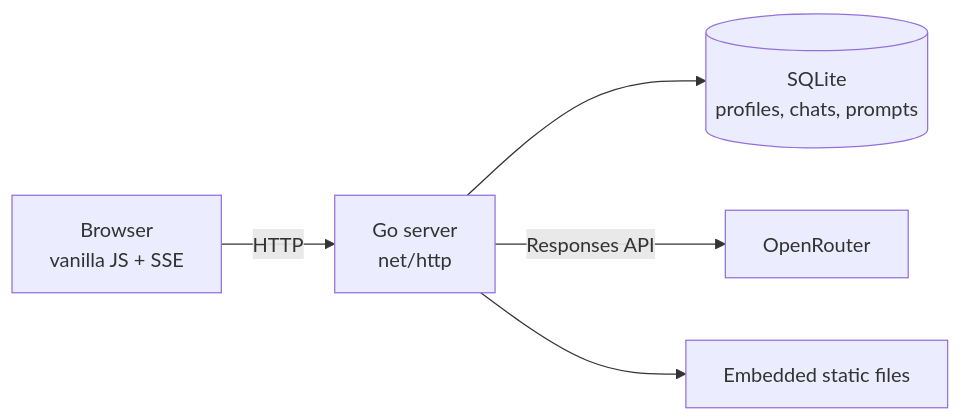
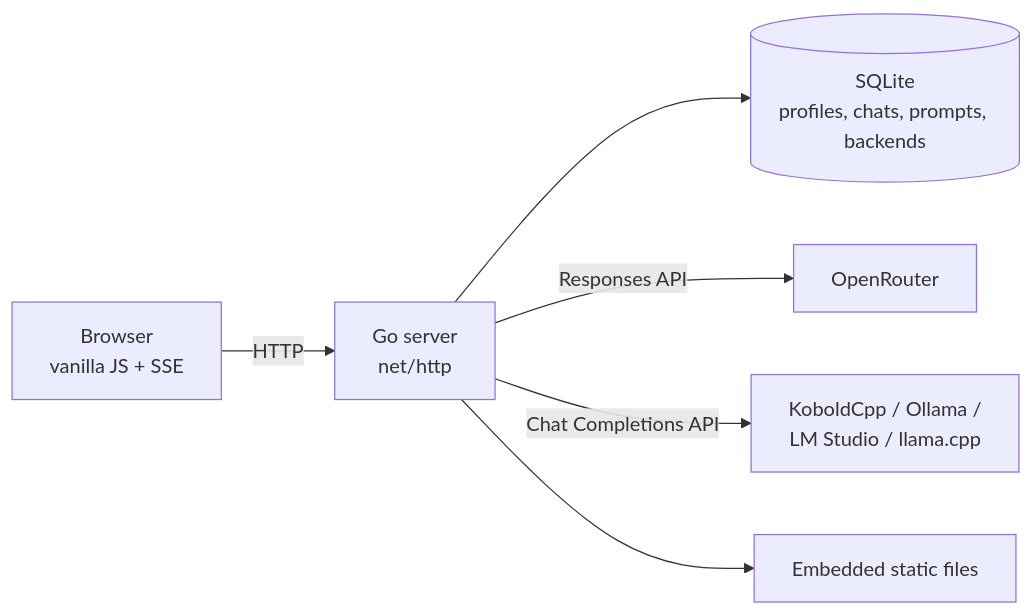
One commit to SHOWTEX/ClaChan changed the diagram in README.md. Above: the diagram before and after it, drawn with Mermaid. The commit also changed other lines of this file and 14 other files, not shown here.

First line of the commit message:
Add per-profile local OpenAI-compatible backends for v1.0.7

````diff
--- a/README.md
+++ b/README.md
@@ -145,7 +150,8 @@
 ```mermaid
 flowchart LR
   browser["Browser\nvanilla JS + SSE"] -->|"HTTP"| server["Go server\nnet/http"]
-  server --> db[("SQLite\nprofiles, chats, prompts")]
+  server --> db[("SQLite\nprofiles, chats, prompts, backends")]
   server -->|"Responses API"| openrouter["OpenRouter"]
+  server -->|"Chat Completions API"| local["KoboldCpp / Ollama /\nLM Studio / llama.cpp"]
   server --> embedded["Embedded static files"]
 ```
````
